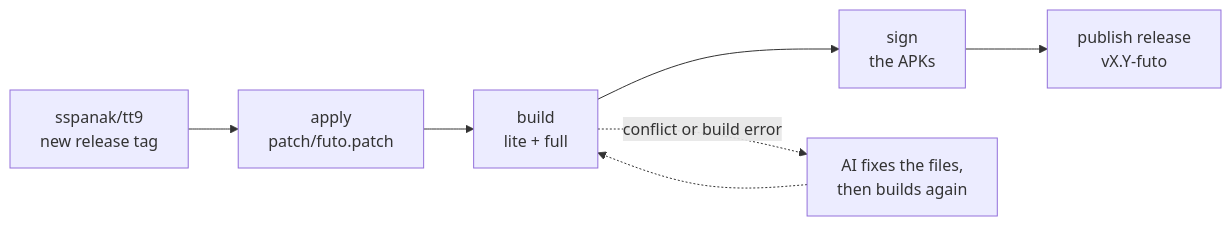
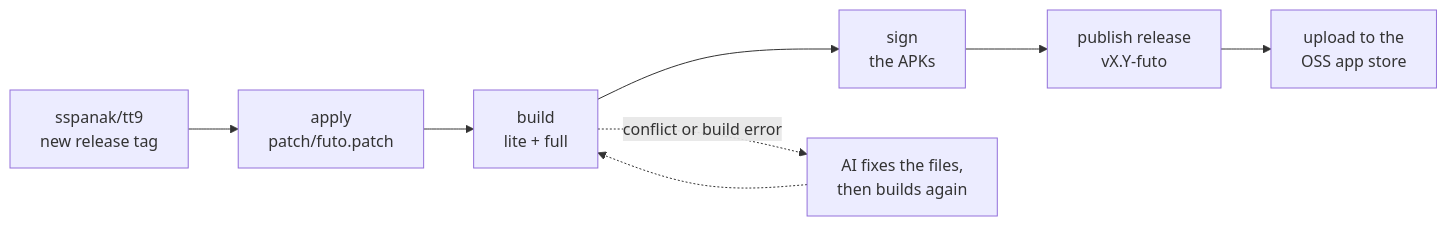
Before and after one commit to JMTDI/tt9: the second of 2 diagrams in README.md, drawn with Mermaid. The commit also changed other lines of this file and 2 other files, not shown here.

Commit message:
Enhance build workflow and documentation for OSS app store integration

````diff
--- a/README.md
+++ b/README.md
@@ -114,9 +114,10 @@
 ```mermaid
 flowchart LR
     U["sspanak/tt9<br/>new release tag"] --> A["apply<br/>patch/futo.patch"]
     A --> B["build<br/>lite + full"]
     B --> S["sign<br/>the APKs"]
     S --> R["publish release<br/>vX.Y-futo"]
+    R --> O["upload to the<br/>OSS app store"]
     B -. "conflict or build error" .-> F["AI fixes the files,<br/>then builds again"]
     F -.-> B
 ```
````
